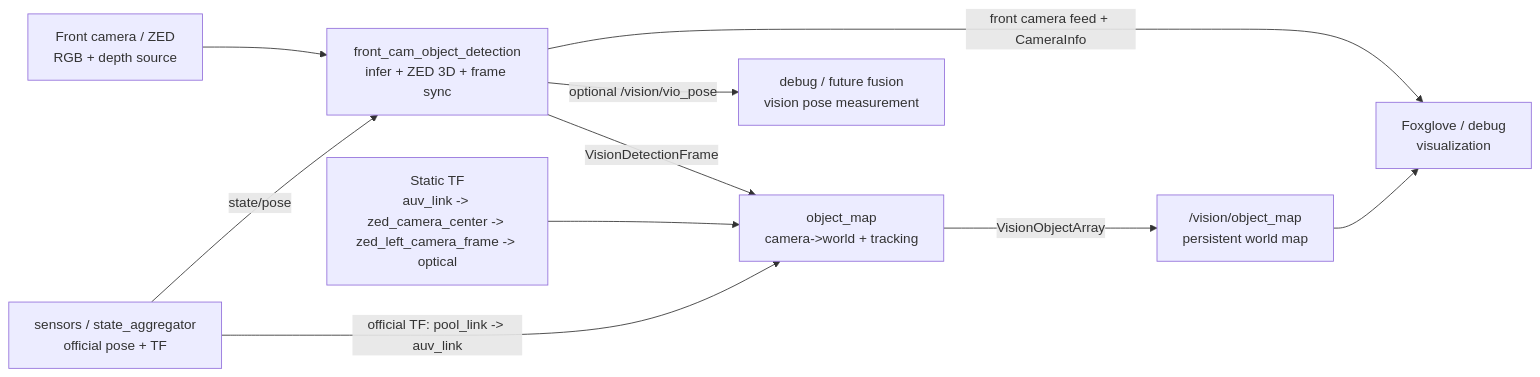
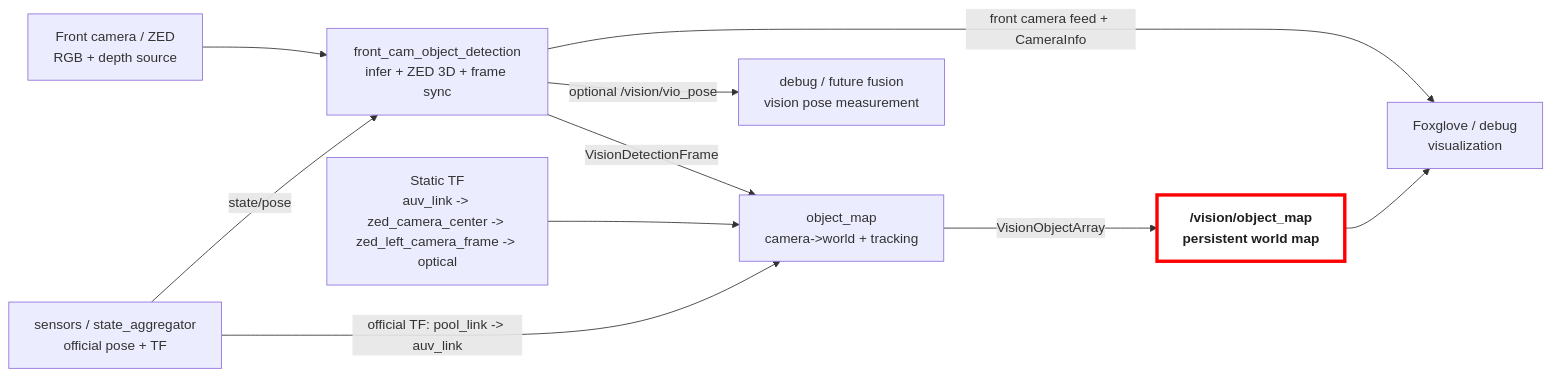
One commit to mcgill-robotics/AUV-2026 changed the diagram in ros2_ws/src/vision/README.md. Above: the diagram before and after it, drawn with Mermaid. The commit also changed other lines of this file and 7 other files, not shown here.

````diff
--- a/ros2_ws/src/vision/README.md
+++ b/ros2_ws/src/vision/README.md
@@ -13,12 +43,15 @@
 ```mermaid
 flowchart LR
     A["Front camera / ZED<br/>RGB + depth source"] --> B["front_cam_object_detection<br/>infer + ZED 3D + frame sync"]
     S["sensors / state_aggregator<br/>official pose + TF"] -->|"state/pose"| B
     B -->|"VisionDetectionFrame"| C["object_map<br/>camera->world + tracking"]
     B -->|"front camera feed + CameraInfo"| F["Foxglove / debug<br/>visualization"]
     B -->|"optional /vision/vio_pose"| E["debug / future fusion<br/>vision pose measurement"]
     T["Static TF<br/>auv_link -> zed_camera_center -> zed_left_camera_frame -> optical"] --> C
     S -->|"official TF: pool_link -> auv_link"| C
     C -->|"VisionObjectArray"| D["/vision/object_map<br/>persistent world map"]
     D --> F
+
+    classDef spotlight fill:#ffff,stroke:#FF0000,stroke-width:4px,color:#1f1f1f,font-weight:bold;
+    class D spotlight;
 ```
````
